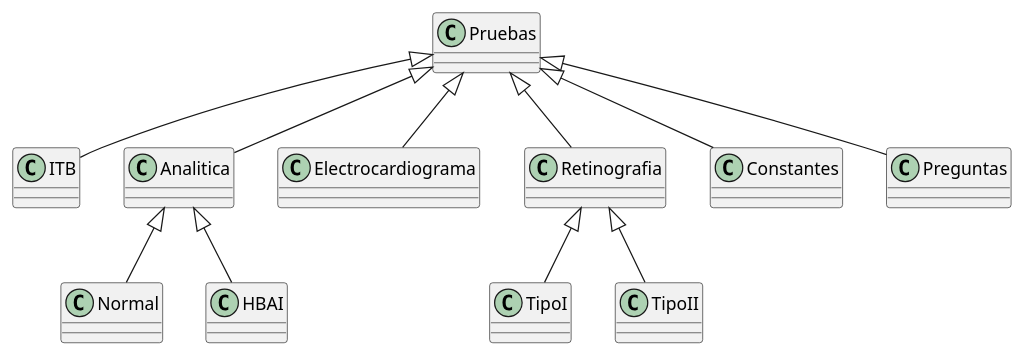
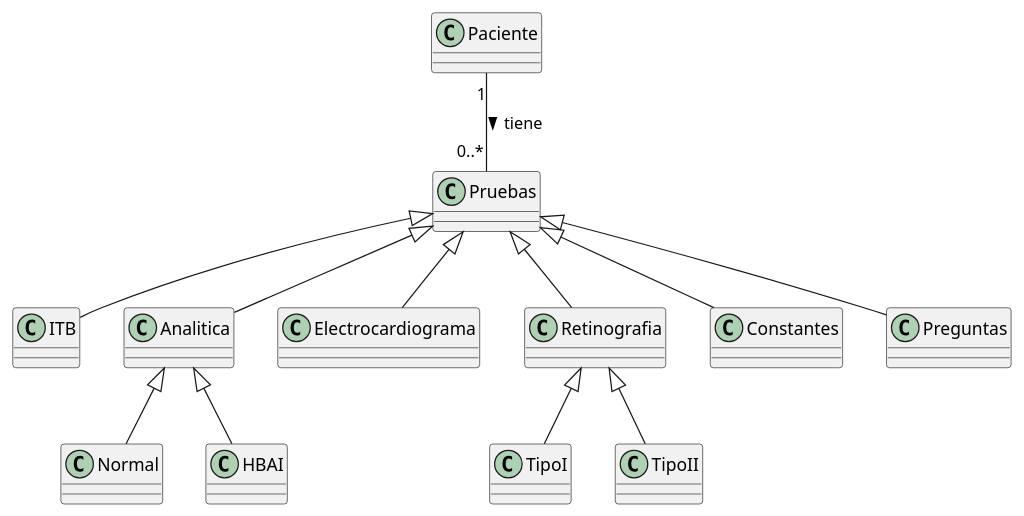
One commit to mariaarroniz/pySDyPP changed the diagram in documentos/01-modeloDeDominio/diagramaDeClases/diagramaDeClases.puml. Above: the diagram before and after it, drawn with PlantUML. The commit also changed 25 other files, not shown here.

Commit message:
docs: updated class diagram

```diff
--- a/documentos/01-modeloDeDominio/diagramaDeClases/diagramaDeClases.puml
+++ b/documentos/01-modeloDeDominio/diagramaDeClases/diagramaDeClases.puml
@@ -1,27 +1,28 @@
 @startuml
 
+class Paciente{}
 class Pruebas{}
 class ITB{}
 class Analitica{}
 class Normal{}
 class HBAI{}
 class Electrocardiograma{}
 class Retinografia{}
 class TipoI{}
 class TipoII{}
 class Constantes{}
 class Preguntas{}
 
-
+Paciente "1" -- "0..*" Pruebas : tiene >
 Pruebas <|--  ITB
 Pruebas <|-- Analitica
 Pruebas <|-- Electrocardiograma
 Pruebas <|-- Retinografia
 Pruebas <|-- Constantes
 Pruebas <|-- Preguntas
 Analitica <|-- Normal
 Analitica <|-- HBAI
 Retinografia <|-- TipoI
 Retinografia <|-- TipoII
 
 @enduml
```
